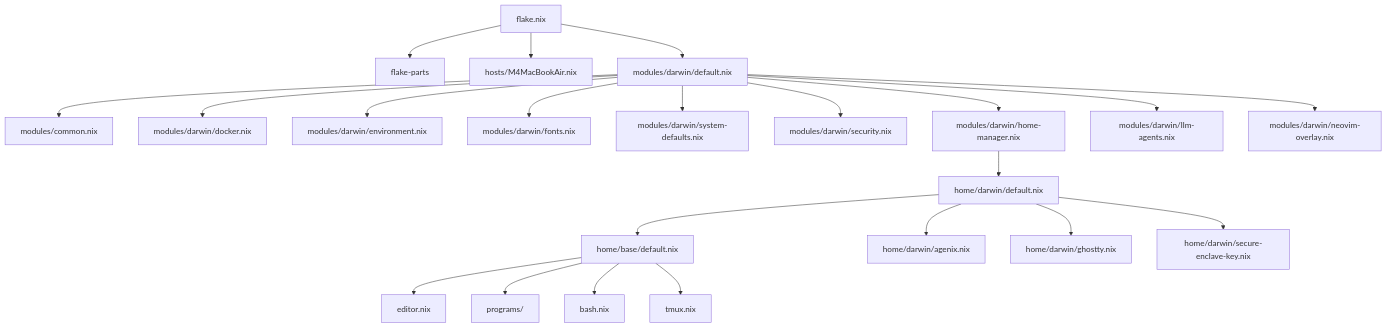
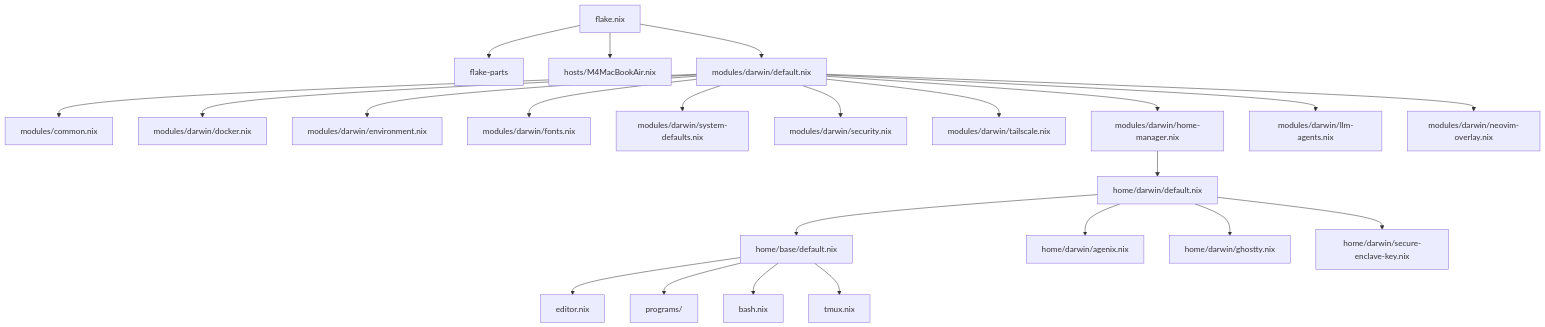
Before and after one commit to pranc1ngpegasus/dotfiles: the diagram in docs/architecture.md, drawn with Mermaid. The commit also changed other lines of this file and 3 other files, not shown here.

First line of the commit message:
feat(darwin): enable tailscale with overrideLocalDns

````diff
--- a/docs/architecture.md
+++ b/docs/architecture.md
@@ -5,24 +5,25 @@
 ```mermaid
 graph TD
     flake[flake.nix] --> parts[flake-parts]
     flake --> host[hosts/M4MacBookAir.nix]
     flake --> darwin[modules/darwin/default.nix]
     darwin --> common[modules/common.nix]
     darwin --> docker[modules/darwin/docker.nix]
     darwin --> environment[modules/darwin/environment.nix]
     darwin --> fonts[modules/darwin/fonts.nix]
     darwin --> defaults[modules/darwin/system-defaults.nix]
     darwin --> security[modules/darwin/security.nix]
+    darwin --> tailscale[modules/darwin/tailscale.nix]
     darwin --> homeManager[modules/darwin/home-manager.nix]
     darwin --> agents[modules/darwin/llm-agents.nix]
     darwin --> neovimOverlay[modules/darwin/neovim-overlay.nix]
     homeManager --> darwinHome[home/darwin/default.nix]
     darwinHome --> baseHome[home/base/default.nix]
     darwinHome --> agenix[home/darwin/agenix.nix]
     darwinHome --> ghostty[home/darwin/ghostty.nix]
     darwinHome --> secureEnclaveKey[home/darwin/secure-enclave-key.nix]
     baseHome --> editor[editor.nix]
     baseHome --> programs[programs/]
     baseHome --> bash[bash.nix]
     baseHome --> tmux[tmux.nix]
 ```
````
